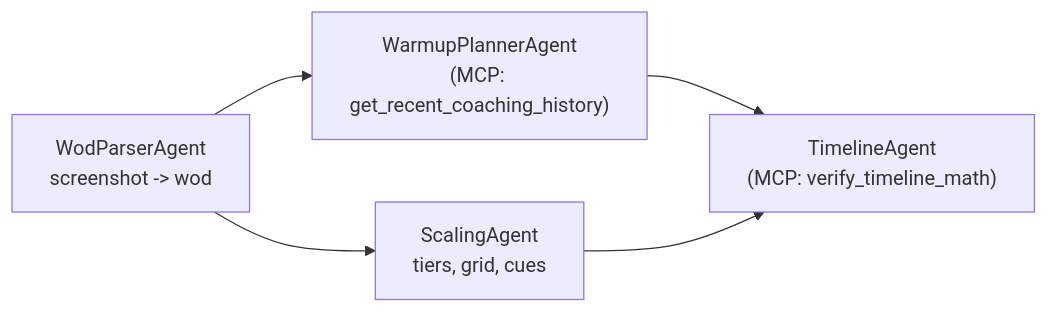
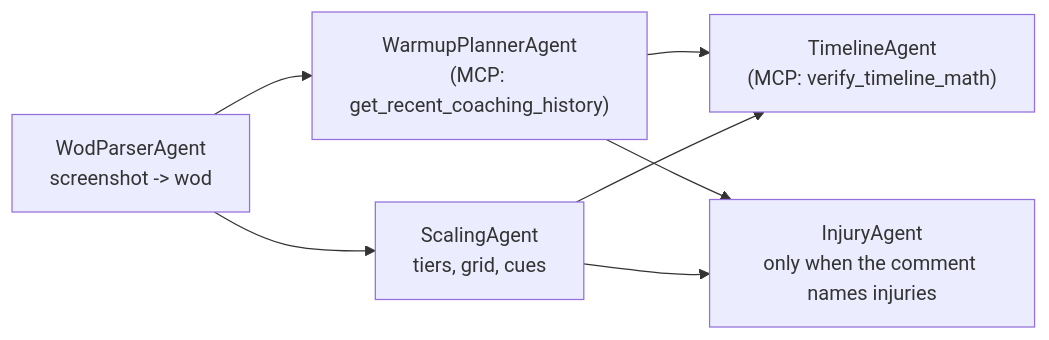
Before and after one commit to vkhod/coachbuddy: the diagram in services/agents-python/README.md, drawn with Mermaid. The commit also changed other lines of this file and 12 other files, not shown here.

First line of the commit message:
agents: Injury agent and today groups (Phase 2 step 9) (#19)

````diff
--- a/services/agents-python/README.md
+++ b/services/agents-python/README.md
@@ -5,7 +5,9 @@
 ```mermaid
 flowchart LR
     P["WodParserAgent<br/>screenshot -> wod"] --> W["WarmupPlannerAgent<br/>(MCP: get_recent_coaching_history)"]
     P --> S["ScalingAgent<br/>tiers, grid, cues"]
     W --> T["TimelineAgent<br/>(MCP: verify_timeline_math)"]
     S --> T
+    W --> I["InjuryAgent<br/>only when the comment names injuries"]
+    S --> I
 ```
````
